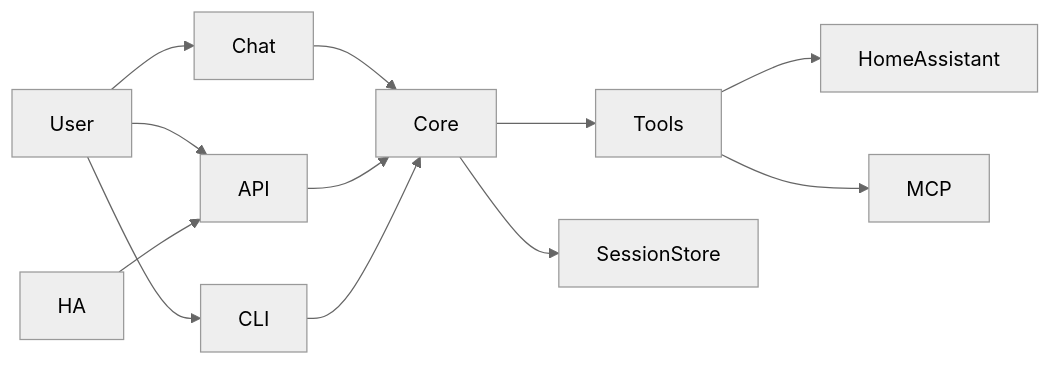
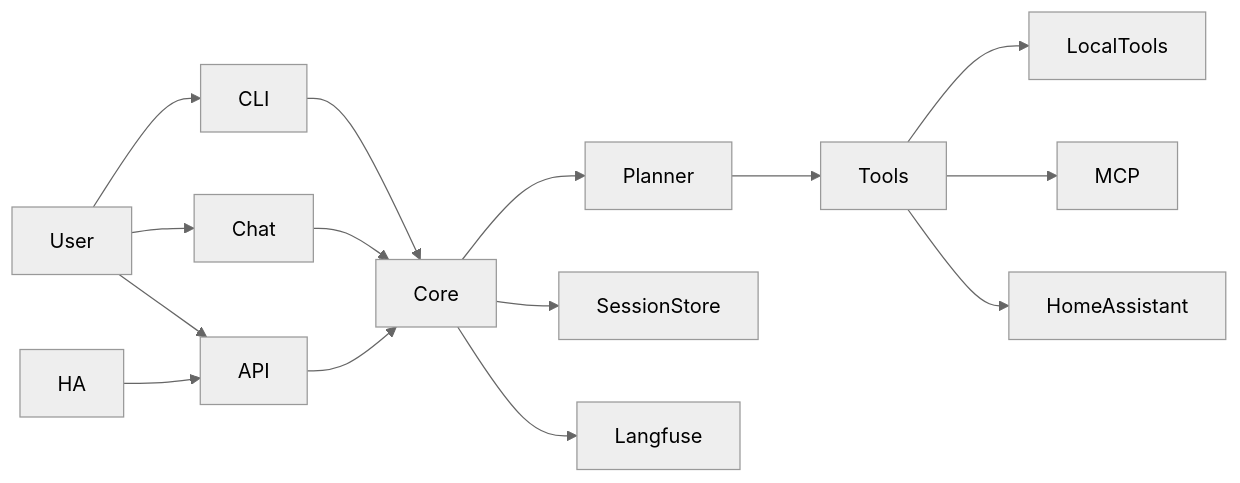
One commit to bearlike/Personal-Assistant changed the diagram in docs/index.md. Above: the diagram before and after it, drawn with Mermaid (neutral theme). The commit also changed 2 other files, not shown here.

Commit message:
📝 docs(docs): update diagrams + codecov components
- Update architecture diagrams to include planner, local tools, MCP, and Langfuse.\n- Enable Codecov component reporting in comments.\n\nWhy: keep docs aligned with current orchestration and add component visibility.\n\nTests: make lint\n\nDeps/Env: none

````diff
--- a/docs/index.md
+++ b/docs/index.md
@@ -46,14 +46,17 @@
 ```mermaid
 flowchart LR
+  User --> CLI
   User --> Chat
   User --> API
   HA --> API
-  User --> CLI
+  CLI --> Core
   Chat --> Core
   API --> Core
-  CLI --> Core
-  Core --> Tools
+  Core --> Planner
+  Planner --> Tools
+  Tools --> LocalTools
+  Tools --> MCP
   Tools --> HomeAssistant
-  Tools --> MCP
   Core --> SessionStore
+  Core --> Langfuse
 ```
````
